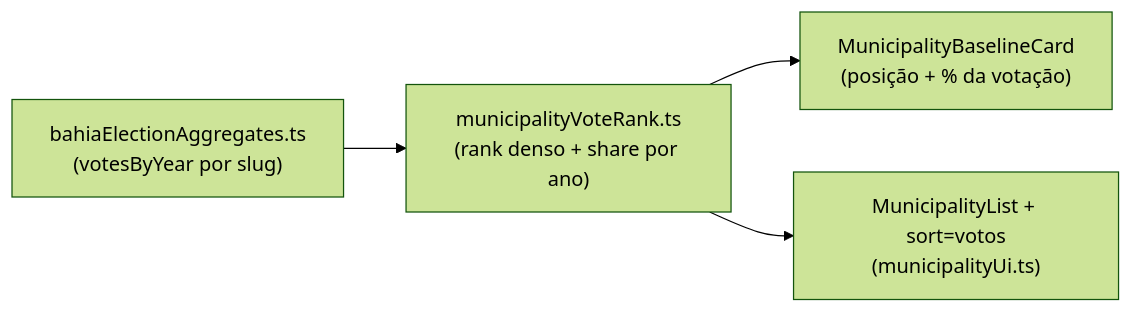
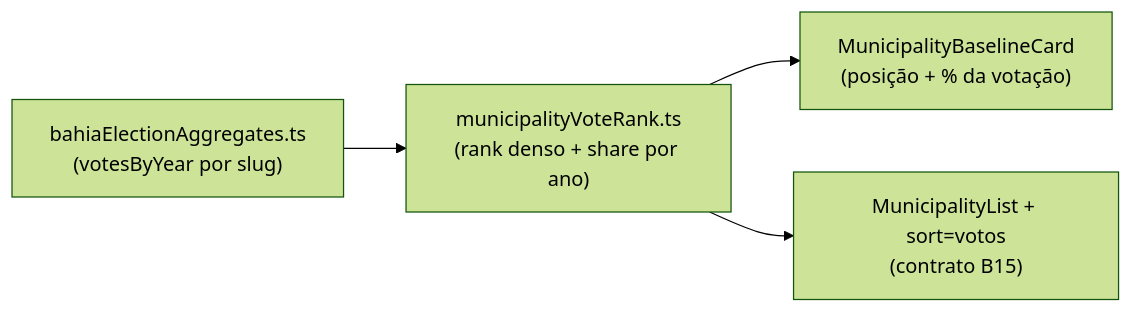
One commit to fsolla/teqo changed the diagram in docs/plans/ranking-votos-municipio.md. Above: the diagram before and after it, drawn with Mermaid (forest theme). The commit also changed other lines of this file and 3 other files, not shown here.

Commit message:
Register B15 column-header sort on the municipalities list.

````diff
--- a/docs/plans/ranking-votos-municipio.md
+++ b/docs/plans/ranking-votos-municipio.md
@@ -47,9 +47,9 @@
 ```mermaid
 flowchart LR
     Artifact["bahiaElectionAggregates.ts<br/>(votesByYear por slug)"]
     Rank["municipalityVoteRank.ts<br/>(rank denso + share por ano)"]
     Card["MunicipalityBaselineCard<br/>(posição + % da votação)"]
-    List["MunicipalityList + sort=votos<br/>(municipalityUi.ts)"]
+    List["MunicipalityList + sort=votos<br/>(contrato B15)"]
     Artifact --> Rank --> Card
     Rank --> List
 ```
````
